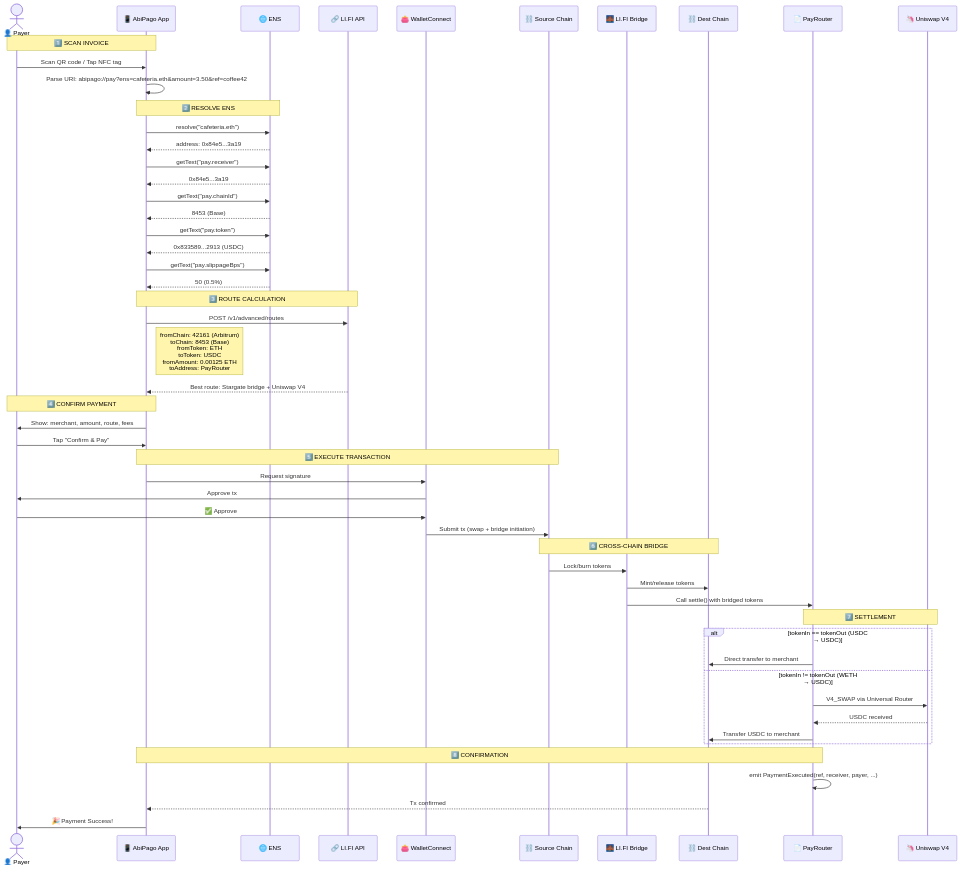
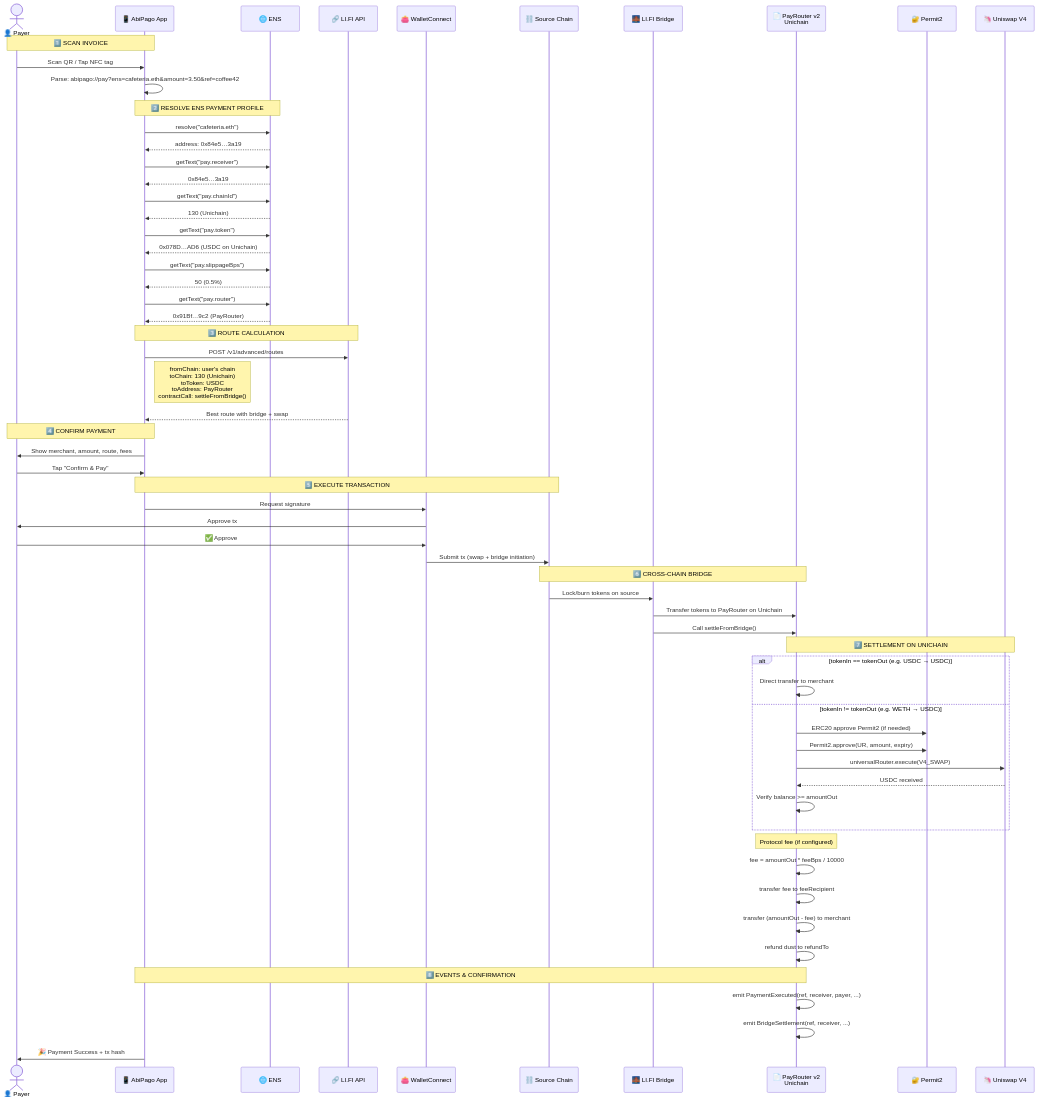
One commit to danelerr/htm-abipago changed the second of 11 diagrams in docs/architecture.md. Above: the diagram before and after it, drawn with Mermaid. The commit also changed other lines of this file, not shown here.

Commit message:
add architecture diagrams

````diff
--- a/docs/architecture.md
+++ b/docs/architecture.md
@@ -58,63 +64,74 @@
 ```mermaid
 sequenceDiagram
     actor Payer as 👤 Payer
     participant App as 📱 AbiPago App
     participant ENS as 🌐 ENS
     participant LIFI as 🔗 LI.FI API
     participant Wallet as 👛 WalletConnect
     participant SrcChain as ⛓️ Source Chain
     participant Bridge as 🌉 LI.FI Bridge
-    participant DstChain as ⛓️ Dest Chain
-    participant Router as 📄 PayRouter
+    participant Router as 📄 PayRouter v2<br/>Unichain
+    participant P2 as 🔐 Permit2
     participant Uni as 🦄 Uniswap V4
 
     Note over Payer, App: 1️⃣ SCAN INVOICE
-    Payer->>App: Scan QR code / Tap NFC tag
-    App->>App: Parse URI: abipago://pay?ens=cafeteria.eth&amount=3.50&ref=coffee42
+    Payer->>App: Scan QR / Tap NFC tag
+    App->>App: Parse: abipago://pay?ens=cafeteria.eth&amount=3.50&ref=coffee42
 
-    Note over App, ENS: 2️⃣ RESOLVE ENS
+    Note over App, ENS: 2️⃣ RESOLVE ENS PAYMENT PROFILE
     App->>ENS: resolve("cafeteria.eth")
-    ENS-->>App: address: 0x84e5...3a19
+    ENS-->>App: address: 0x84e5…3a19
     App->>ENS: getText("pay.receiver")
-    ENS-->>App: 0x84e5...3a19
+    ENS-->>App: 0x84e5…3a19
     App->>ENS: getText("pay.chainId")
-    ENS-->>App: 8453 (Base)
+    ENS-->>App: 130 (Unichain)
     App->>ENS: getText("pay.token")
-    ENS-->>App: 0x833589...2913 (USDC)
+    ENS-->>App: 0x078D…AD6 (USDC on Unichain)
     App->>ENS: getText("pay.slippageBps")
     ENS-->>App: 50 (0.5%)
+    App->>ENS: getText("pay.router")
+    ENS-->>App: 0x91Bf…9c2 (PayRouter)
 
     Note over App, LIFI: 3️⃣ ROUTE CALCULATION
     App->>LIFI: POST /v1/advanced/routes
-    Note right of App: fromChain: 42161 (Arbitrum)<br/>toChain: 8453 (Base)<br/>fromToken: ETH<br/>toToken: USDC<br/>fromAmount: 0.00125 ETH<br/>toAddress: PayRouter
-    LIFI-->>App: Best route: Stargate bridge + Uniswap V4
+    Note right of App: fromChain: user's chain<br/>toChain: 130 (Unichain)<br/>toToken: USDC<br/>toAddress: PayRouter<br/>contractCall: settleFromBridge()
+    LIFI-->>App: Best route with bridge + swap
 
     Note over App, Payer: 4️⃣ CONFIRM PAYMENT
-    App->>Payer: Show: merchant, amount, route, fees
+    App->>Payer: Show merchant, amount, route, fees
     Payer->>App: Tap "Confirm & Pay"
 
     Note over App, SrcChain: 5️⃣ EXECUTE TRANSACTION
     App->>Wallet: Request signature
     Wallet->>Payer: Approve tx
     Payer->>Wallet: ✅ Approve
     Wallet->>SrcChain: Submit tx (swap + bridge initiation)
 
-    Note over SrcChain, DstChain: 6️⃣ CROSS-CHAIN BRIDGE
-    SrcChain->>Bridge: Lock/burn tokens
-    Bridge->>DstChain: Mint/release tokens
-    Bridge->>Router: Call settle() with bridged tokens
+    Note over SrcChain, Router: 6️⃣ CROSS-CHAIN BRIDGE
+    SrcChain->>Bridge: Lock/burn tokens on source
+    Bridge->>Router: Transfer tokens to PayRouter on Unichain
+    Bridge->>Router: Call settleFromBridge()
 
-    Note over Router, Uni: 7️⃣ SETTLEMENT
-    alt tokenIn == tokenOut (USDC → USDC)
-        Router->>DstChain: Direct transfer to merchant
-    else tokenIn != tokenOut (WETH → USDC)
-        Router->>Uni: V4_SWAP via Universal Router
+    Note over Router, Uni: 7️⃣ SETTLEMENT ON UNICHAIN
+    alt tokenIn == tokenOut (e.g. USDC → USDC)
+        Router->>Router: Direct transfer to merchant
+    else tokenIn != tokenOut (e.g. WETH → USDC)
+        Router->>P2: ERC20 approve Permit2 (if needed)
+        Router->>P2: Permit2.approve(UR, amount, expiry)
+        Router->>Uni: universalRouter.execute(V4_SWAP)
         Uni-->>Router: USDC received
-        Router->>DstChain: Transfer USDC to merchant
+        Router->>Router: Verify balance >= amountOut
     end
 
-    Note over Router, App: 8️⃣ CONFIRMATION
+    Note over Router: Protocol fee (if configured)
+    Router->>Router: fee = amountOut * feeBps / 10000
+    Router->>Router: transfer fee to feeRecipient
+
+    Router->>Router: transfer (amountOut - fee) to merchant
+    Router->>Router: refund dust to refundTo
+
+    Note over Router, App: 8️⃣ EVENTS & CONFIRMATION
     Router->>Router: emit PaymentExecuted(ref, receiver, payer, ...)
-    DstChain-->>App: Tx confirmed
-    App->>Payer: 🎉 Payment Success!
+    Router->>Router: emit BridgeSettlement(ref, receiver, ...)
+    App->>Payer: 🎉 Payment Success + tx hash
 ```
````
